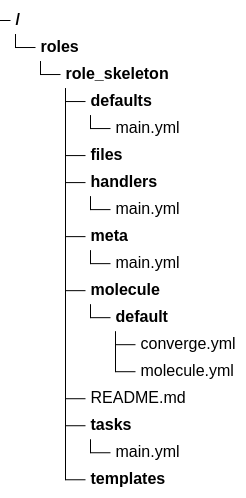
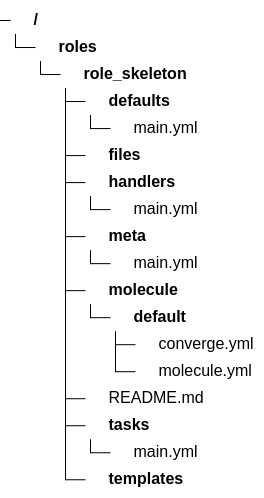
The second of 2 diagrams in docs/ansible/roles.md (computacenter-com/ansible-best-practices), drawn with Mermaid before and after one commit. The commit also changed other lines of this file and 9 other files, not shown here.

Commit message:
Added logos to all treeView diagrams. Added JS script to register icon packs.

````diff
--- a/docs/ansible/roles.md
+++ b/docs/ansible/roles.md
@@ -114,25 +121,34 @@
     ``` mermaid
     ---
     config:
       treeView:
         rowIndent: 20
+        defaultIconPack: vscode-icons
+        showIcons: true
+        extensionIcons:
+          .conf: file-type-config
+          .j2: file-type-jinja
+          .json: file-type-json
+          .md: file-type-markdown
+          .sh: file-type-shell
+          .yml: file-type-light-yaml-official
     ---
     treeView-beta
     └── roles/
         └── role_skeleton/
             ├── defaults/
             │   └── main.yml
             ├── files/
             ├── handlers/
             │   └── main.yml
             ├── meta/
             │   └── main.yml
             ├── molecule/
             │   └── default/
             │       ├── converge.yml
             │       └── molecule.yml
             ├── README.md
             ├── tasks/
             │   └── main.yml
             └── templates/
     ```
````
